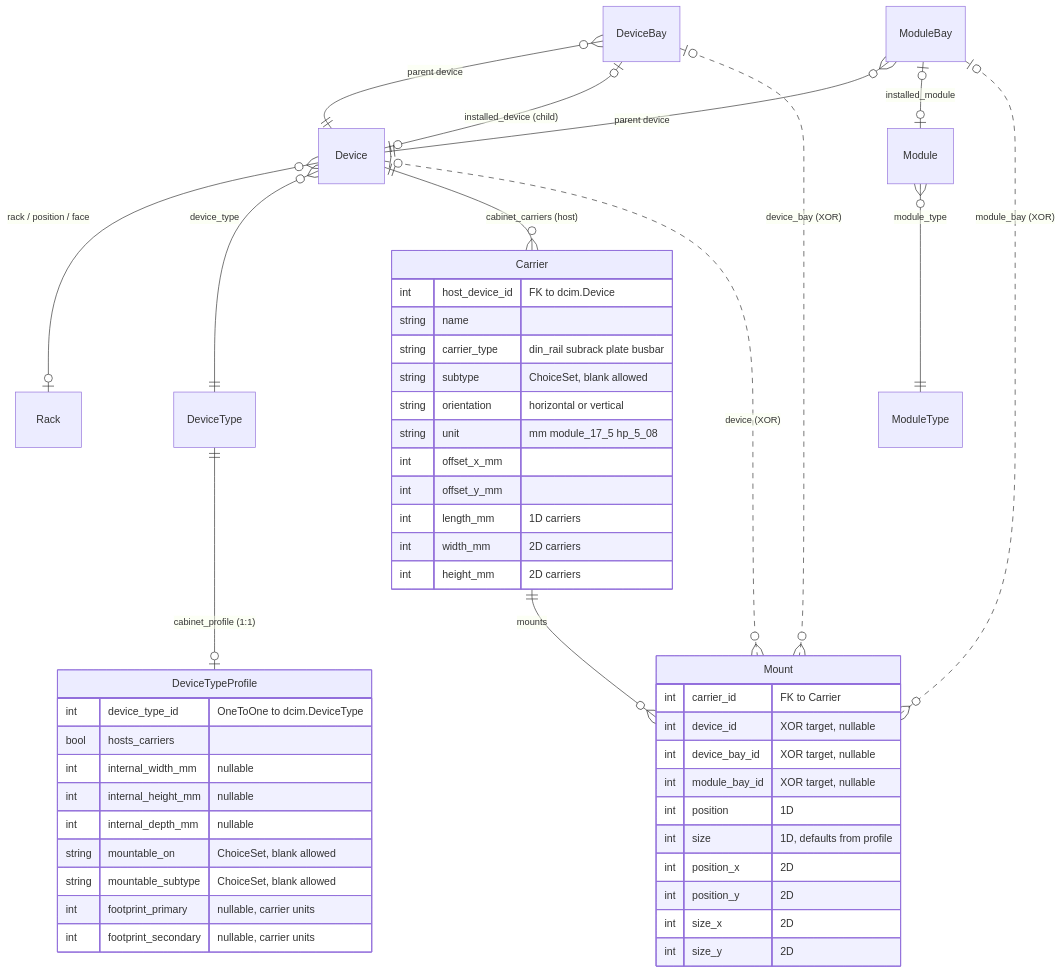
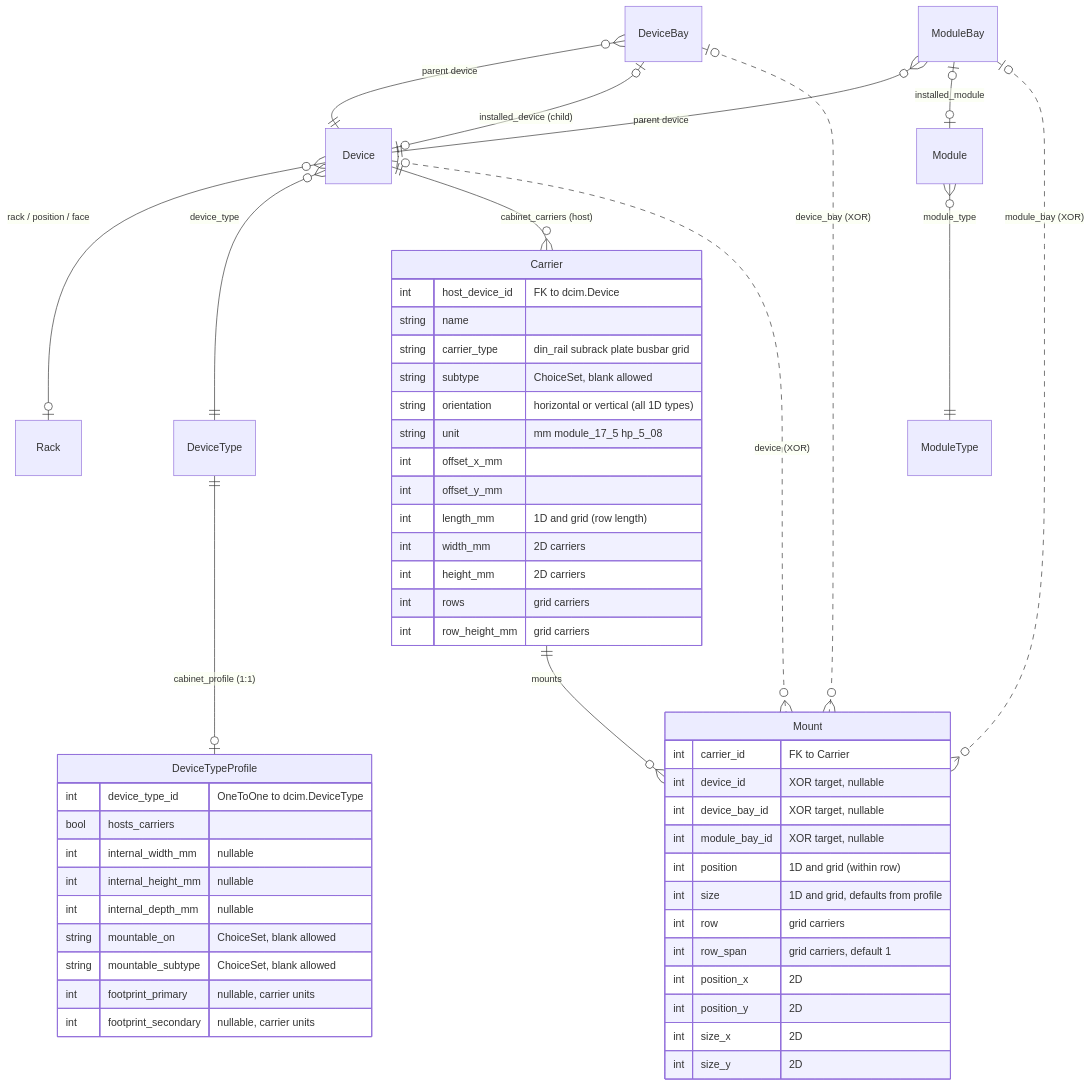
Before and after one commit to TheFlyingCorpse/netbox-cabinet-view: the diagram in README.md, drawn with Mermaid. The commit also changed other lines of this file and 38 other files, not shown here.

````diff
--- a/README.md
+++ b/README.md
@@ -43,55 +44,59 @@
 ```mermaid
 erDiagram
     Device             }o--o| Rack         : "rack / position / face"
     Device             }o--|| DeviceType   : "device_type"
     Module             }o--|| ModuleType   : "module_type"
     DeviceBay          }o--|| Device       : "parent device"
     DeviceBay          |o--o| Device       : "installed_device (child)"
     ModuleBay          }o--|| Device       : "parent device"
     ModuleBay          |o--o| Module       : "installed_module"
 
     DeviceType         ||--o| DeviceTypeProfile : "cabinet_profile (1:1)"
     Device             ||--o{ Carrier           : "cabinet_carriers (host)"
     Carrier            ||--o{ Mount             : "mounts"
 
     Device             |o..o{ Mount             : "device (XOR)"
     DeviceBay          |o..o{ Mount             : "device_bay (XOR)"
     ModuleBay          |o..o{ Mount             : "module_bay (XOR)"
 
     DeviceTypeProfile {
         int     device_type_id              "OneToOne to dcim.DeviceType"
         bool    hosts_carriers
         int     internal_width_mm           "nullable"
         int     internal_height_mm          "nullable"
         int     internal_depth_mm           "nullable"
         string  mountable_on                "ChoiceSet, blank allowed"
         string  mountable_subtype           "ChoiceSet, blank allowed"
         int     footprint_primary           "nullable, carrier units"
         int     footprint_secondary         "nullable, carrier units"
     }
     Carrier {
         int     host_device_id              "FK to dcim.Device"
         string  name
-        string  carrier_type                "din_rail subrack plate busbar"
+        string  carrier_type                "din_rail subrack plate busbar grid"
         string  subtype                     "ChoiceSet, blank allowed"
-        string  orientation                 "horizontal or vertical"
+        string  orientation                 "horizontal or vertical (all 1D types)"
         string  unit                        "mm module_17_5 hp_5_08"
         int     offset_x_mm
         int     offset_y_mm
-        int     length_mm                   "1D carriers"
+        int     length_mm                   "1D and grid (row length)"
         int     width_mm                    "2D carriers"
         int     height_mm                   "2D carriers"
+        int     rows                        "grid carriers"
+        int     row_height_mm               "grid carriers"
     }
     Mount {
         int     carrier_id                  "FK to Carrier"
         int     device_id                   "XOR target, nullable"
         int     device_bay_id               "XOR target, nullable"
         int     module_bay_id               "XOR target, nullable"
-        int     position                    "1D"
-        int     size                        "1D, defaults from profile"
+        int     position                    "1D and grid (within row)"
+        int     size                        "1D and grid, defaults from profile"
+        int     row                         "grid carriers"
+        int     row_span                    "grid carriers, default 1"
         int     position_x                  "2D"
         int     position_y                  "2D"
         int     size_x                      "2D"
         int     size_y                      "2D"
     }
 ```
````
